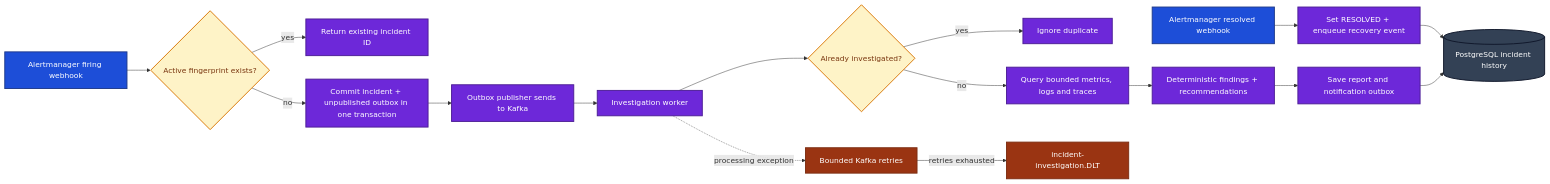
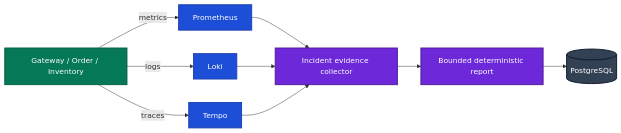
Before and after one commit to Abhay123abhi/event-driven-incident-observability: the second of 2 diagrams in README.md, drawn with Mermaid. The commit also changed other lines of this file, not shown here.

Commit message:
docs: simplify Mermaid architecture into readable color-coded flow diagrams

````diff
--- a/README.md
+++ b/README.md
@@ -124,31 +67,21 @@
 ```mermaid
 flowchart LR
-    FIRE["Alertmanager firing webhook"] --> DEDUP{"Active fingerprint exists?"}
-    DEDUP -->|"yes"| EXIST["Return existing incident ID"]
-    DEDUP -->|"no"| WRITE["Commit incident + unpublished outbox in one transaction"]
-    WRITE --> PUBLISH["Outbox publisher sends to Kafka"]
-    PUBLISH --> CONSUMER["Investigation worker"]
-    CONSUMER --> CHECK{"Already investigated?"}
-    CHECK -->|"yes"| SKIP["Ignore duplicate"]
-    CHECK -->|"no"| COLLECT["Query bounded metrics, logs and traces"]
-    COLLECT --> REPORT["Deterministic findings + recommendations"]
-    REPORT --> SAVE["Save report and notification outbox"]
+    APPS["Gateway / Order / Inventory"] -->|"metrics"| PROM["Prometheus"]
+    APPS -->|"logs"| LOKI["Loki"]
+    APPS -->|"traces"| TEMPO["Tempo"]
 
-    CONSUMER -. "processing exception" .-> RETRY["Bounded Kafka retries"]
-    RETRY -->|"retries exhausted"| DLT["incident-investigation.DLT"]
+    PROM --> COLLECT["Incident evidence collector"]
+    LOKI --> COLLECT
+    TEMPO --> COLLECT
+    COLLECT --> SUMMARY["Bounded deterministic report"]
+    SUMMARY --> DB[("PostgreSQL")]
 
-    RESOLVE["Alertmanager resolved webhook"] --> CLOSE["Set RESOLVED + enqueue recovery event"]
-    CLOSE --> DB[("PostgreSQL incident history")]
-    SAVE --> DB
-
-    classDef trigger fill:#1d4ed8,stroke:#1e3a8a,color:#fff,stroke-width:2px;
-    classDef decision fill:#fef3c7,stroke:#d97706,color:#78350f,stroke-width:2px;
-    classDef work fill:#6d28d9,stroke:#4c1d95,color:#fff,stroke-width:2px;
-    classDef stored fill:#334155,stroke:#0f172a,color:#fff,stroke-width:2px;
-    classDef failure fill:#9a3412,stroke:#7c2d12,color:#fff,stroke-width:2px;
-    class FIRE,RESOLVE trigger;
-    class DEDUP,CHECK decision;
-    class EXIST,WRITE,PUBLISH,CONSUMER,SKIP,COLLECT,REPORT,SAVE,CLOSE work;
-    class DB stored;
-    class RETRY,DLT failure;
+    classDef business fill:#047857,stroke:#065f46,color:#fff,stroke-width:2px;
+    classDef monitoring fill:#1d4ed8,stroke:#1e40af,color:#fff,stroke-width:2px;
+    classDef incident fill:#6d28d9,stroke:#4c1d95,color:#fff,stroke-width:2px;
+    classDef storage fill:#334155,stroke:#0f172a,color:#fff,stroke-width:2px;
+    class APPS business;
+    class PROM,LOKI,TEMPO monitoring;
+    class COLLECT,SUMMARY incident;
+    class DB storage;
 ```
````
